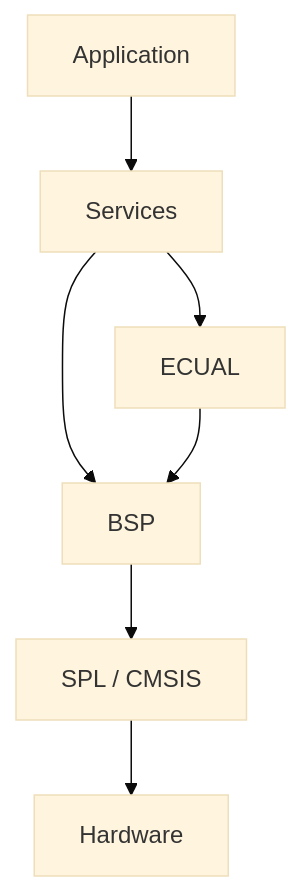
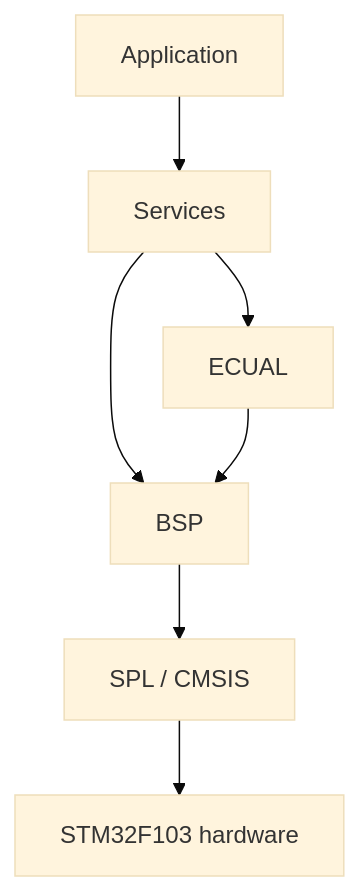
One commit to haikevins/stm32f1-spl-procedural-baremetal changed the first of 3 diagrams in README.md. Above: the diagram before and after it, drawn with Mermaid (base theme). The commit also changed other lines of this file, not shown here.

````diff
--- a/README.md
+++ b/README.md
@@ -88,9 +88,9 @@
 ```mermaid
 flowchart TB
     APP["Application"] --> SVC["Services"]
     SVC --> BSP["BSP"]
     SVC --> ECUAL["ECUAL"]
     ECUAL --> BSP
     BSP --> VENDOR["SPL / CMSIS"]
-    VENDOR --> HW["Hardware"]
+    VENDOR --> HW["STM32F103 hardware"]
 ```
````
